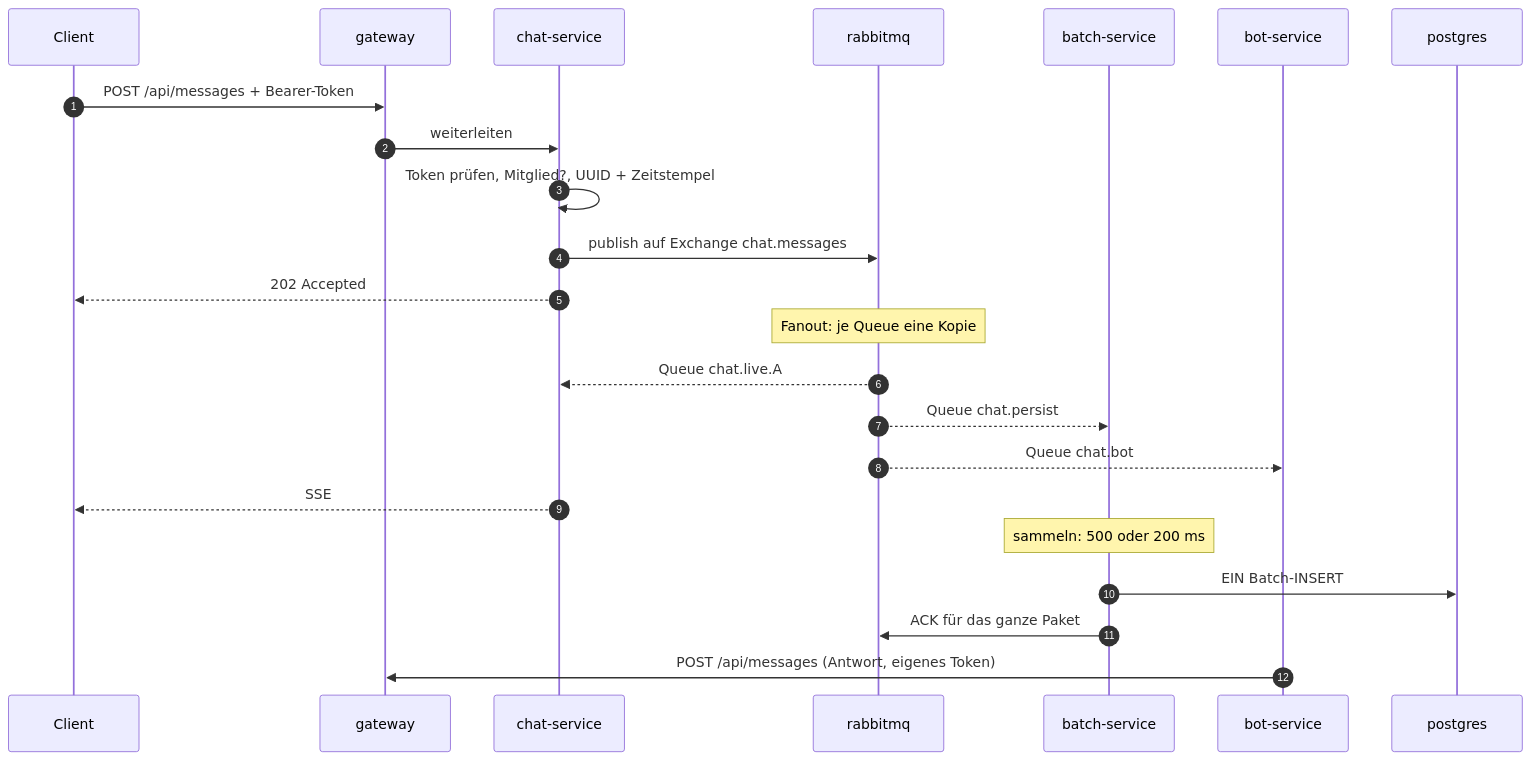
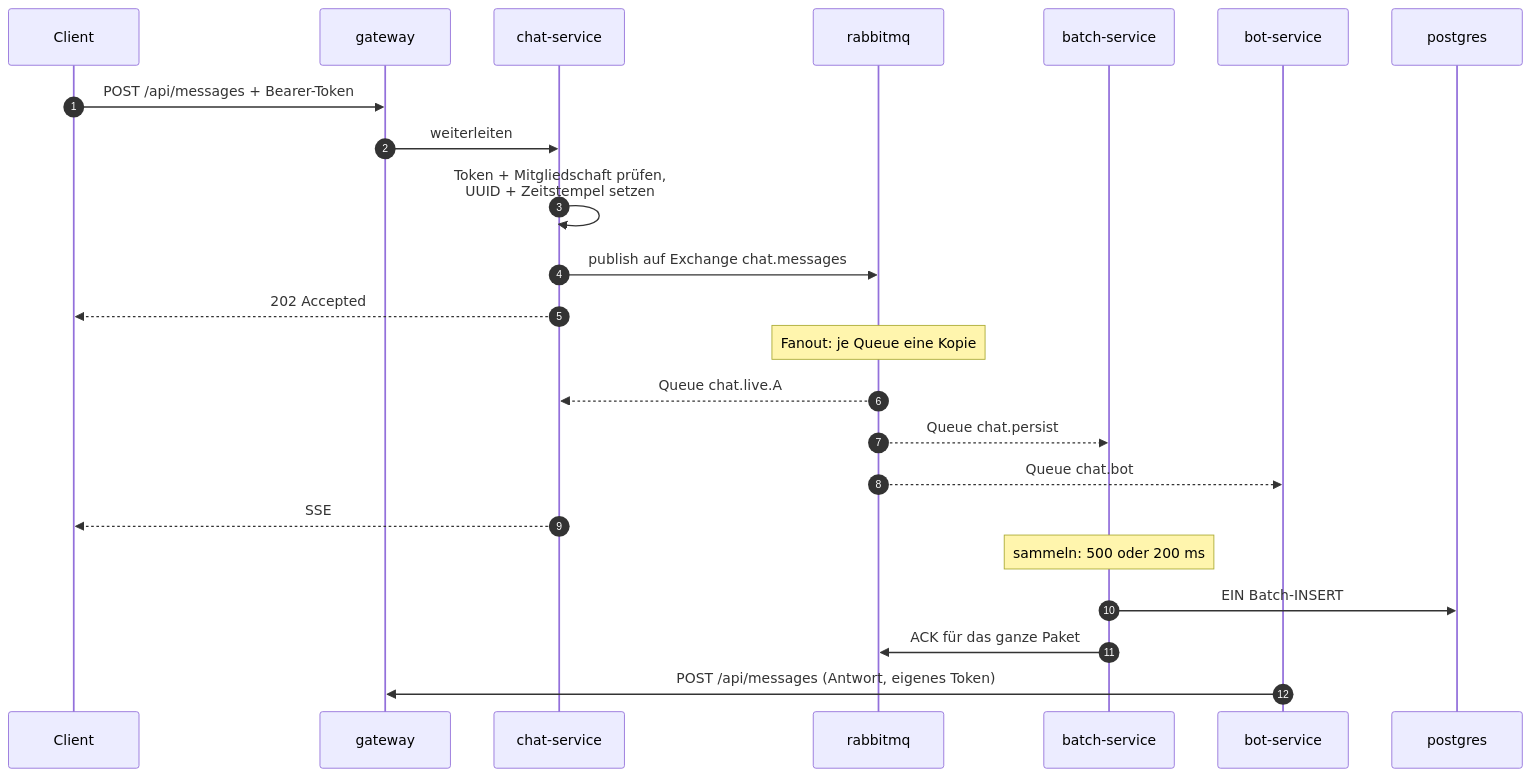
One commit to kaaaannn/it3b-m321 changed the second of 2 diagrams in PLANUNG.md. Above: the diagram before and after it, drawn with Mermaid. The commit also changed other lines of this file, not shown here.

Commit message:
docs: Komponentendiagramm lesbar gemacht – abgeschnittene Texte und Überlappungen behoben

````diff
--- a/PLANUNG.md
+++ b/PLANUNG.md
@@ -127,26 +126,26 @@
 ```mermaid
 sequenceDiagram
   autonumber
   participant C as Client
   participant G as gateway
   participant S as chat-service
   participant MQ as rabbitmq
   participant BS as batch-service
   participant BOT as bot-service
   participant DB as postgres
 
   C->>G: POST /api/messages + Bearer-Token
   G->>S: weiterleiten
-  S->>S: Token prüfen, Mitglied?, UUID + Zeitstempel
+  S->>S: Token + Mitgliedschaft prüfen,<br/>UUID + Zeitstempel setzen
   S->>MQ: publish auf Exchange chat.messages
   S-->>C: 202 Accepted
   Note over MQ: Fanout: je Queue eine Kopie
   MQ-->>S: Queue chat.live.A
   MQ-->>BS: Queue chat.persist
   MQ-->>BOT: Queue chat.bot
   S-->>C: SSE
   Note over BS: sammeln: 500 oder 200 ms
   BS->>DB: EIN Batch-INSERT
   BS->>MQ: ACK für das ganze Paket
   BOT->>G: POST /api/messages (Antwort, eigenes Token)
 ```
````
